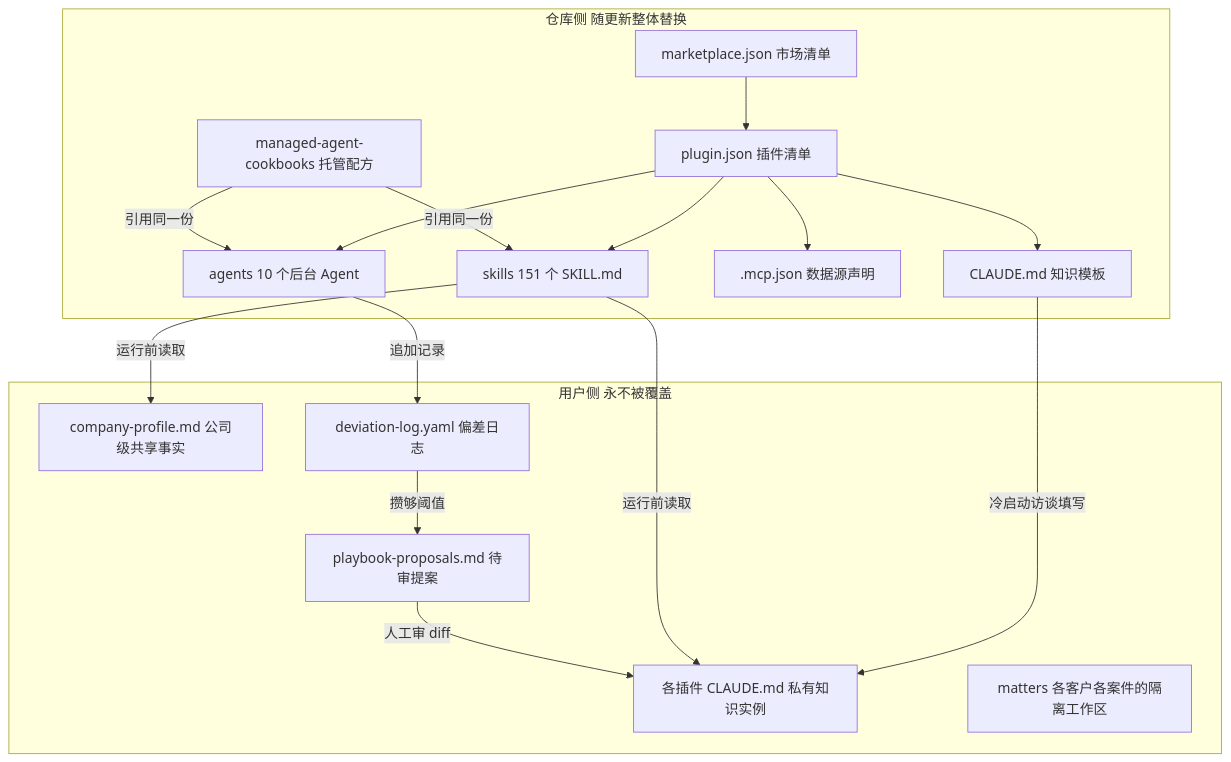
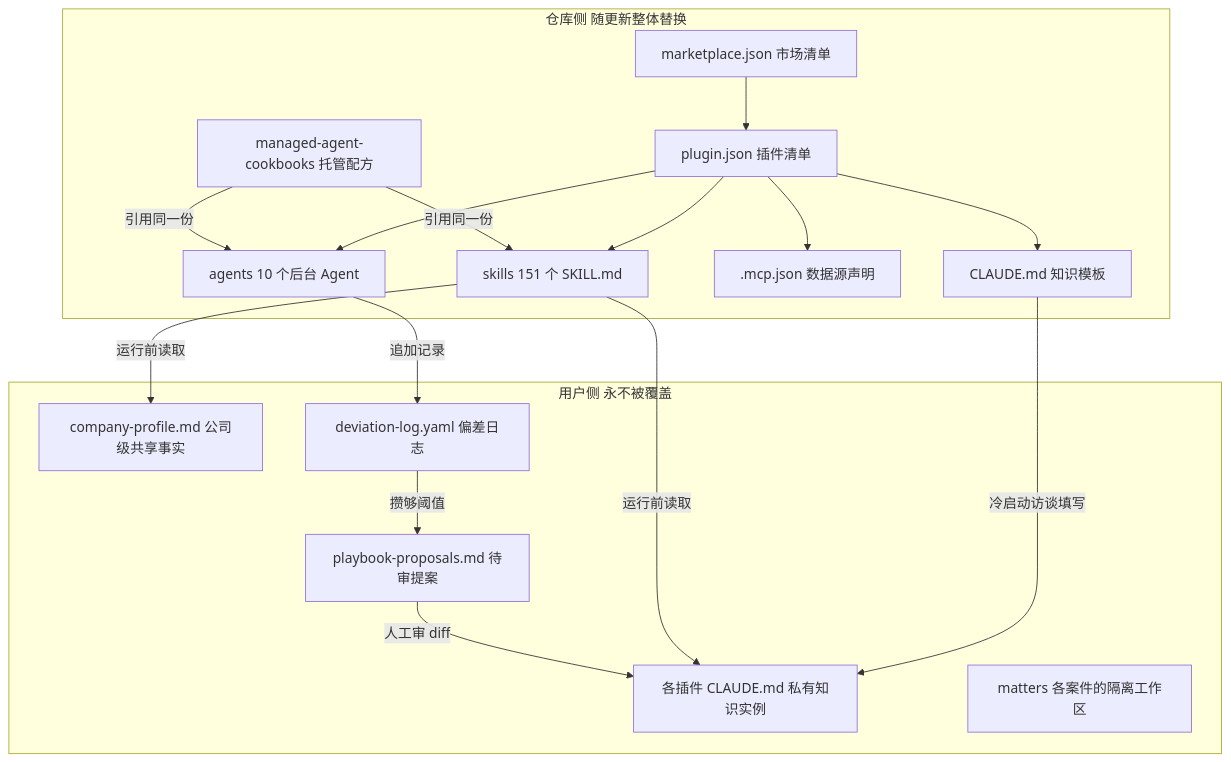
The first of 7 diagrams in book/08-claude-for-legal.md (diguike/book-source-reading), drawn with Mermaid before and after one commit. The commit also changed other lines of this file and 14 other files, not shown here.

````diff
--- a/book/08-claude-for-legal.md
+++ b/book/08-claude-for-legal.md
@@ -95,32 +95,32 @@
 ```mermaid
 flowchart TB
     subgraph REPO[仓库侧 随更新整体替换]
         MP[marketplace.json 市场清单]
         PJ[plugin.json 插件清单]
         SK[skills 151 个 SKILL.md]
         AG[agents 10 个后台 Agent]
         MC[.mcp.json 数据源声明]
         TPL[CLAUDE.md 知识模板]
         CB[managed-agent-cookbooks 托管配方]
     end
     subgraph USER[用户侧 永不被覆盖]
         CP[company-profile.md 公司级共享事实]
         PP[各插件 CLAUDE.md 私有知识实例]
-        MT[matters 各客户各案件的隔离工作区]
+        MT[matters 各案件的隔离工作区]
         DL[deviation-log.yaml 偏差日志]
         PR[playbook-proposals.md 待审提案]
     end
     MP --> PJ
     PJ --> SK
     PJ --> AG
     PJ --> MC
     PJ --> TPL
     TPL -- 冷启动访谈填写 --> PP
     SK -- 运行前读取 --> PP
     SK -- 运行前读取 --> CP
     AG -- 追加记录 --> DL
     DL -- 攒够阈值 --> PR
     PR -- 人工审 diff --> PP
     CB -- 引用同一份 --> AG
     CB -- 引用同一份 --> SK
 ```
````
